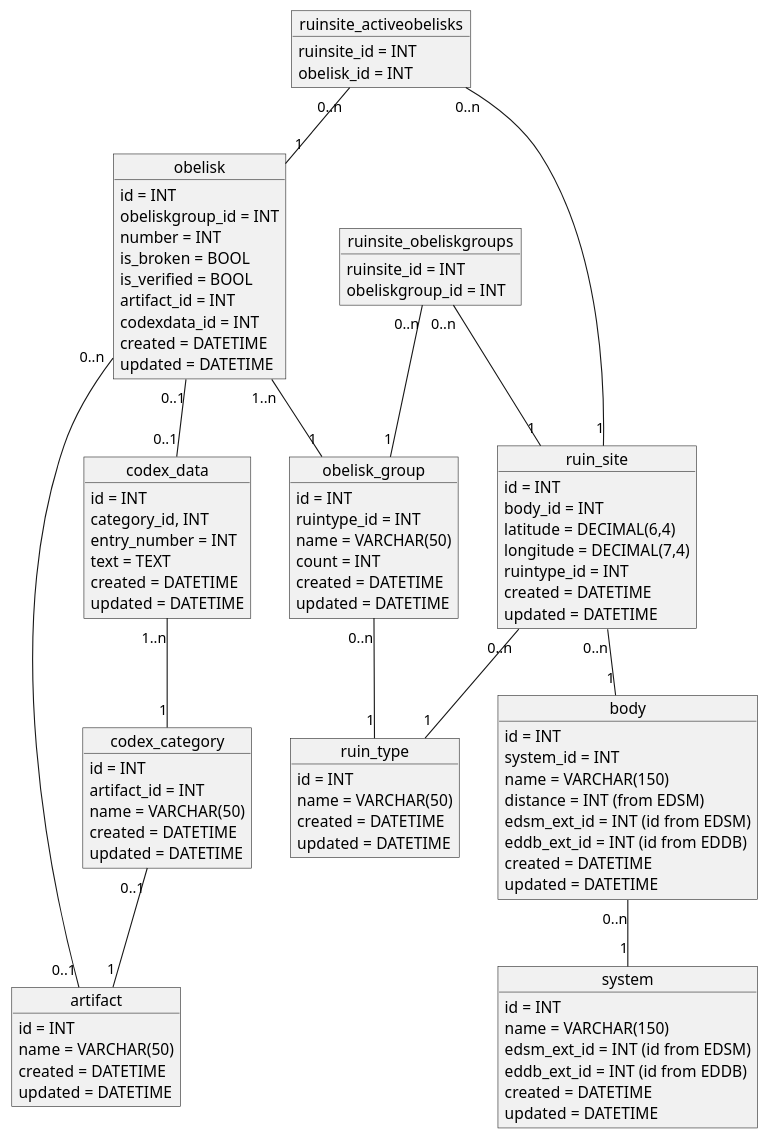
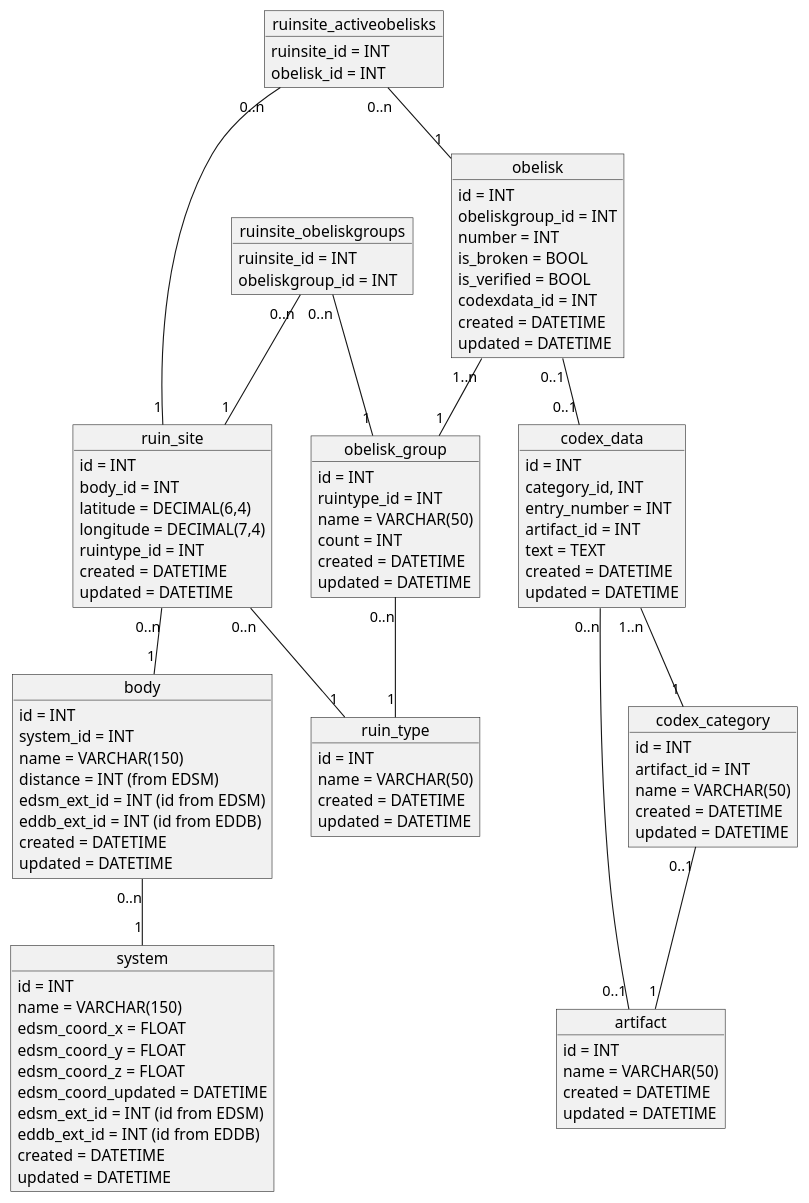
Before and after one commit to canonn-science/CanonnApi: the diagram in docs/design/db/ruinsdb.puml, drawn with PlantUML. The commit also changed 14 other files, not shown here.

Commit message:
Moved secondary artifact to codex data from obelisk, fixes #30

```diff
--- a/docs/design/db/ruinsdb.puml
+++ b/docs/design/db/ruinsdb.puml
@@ -1,115 +1,118 @@
 @startuml
 
 object artifact
 artifact : id = INT
 artifact : name = VARCHAR(50)
 artifact : created = DATETIME
 artifact : updated = DATETIME
 
 
 object codex_category
 codex_category : id = INT
 codex_category : artifact_id = INT
 codex_category : name = VARCHAR(50)
 codex_category : created = DATETIME
 codex_category : updated = DATETIME
 
 codex_category "0..1" -- "1" artifact
 
 
 object codex_data
 codex_data : id = INT
 codex_data : category_id, INT
 codex_data : entry_number = INT
+codex_data : artifact_id = INT
 codex_data : text = TEXT
 codex_data : created = DATETIME
 codex_data : updated = DATETIME
 
 codex_data "1..n" -- "1" codex_category
-
+codex_data "0..n" -- "0..1" artifact
 
 object ruin_type
 ruin_type : id = INT
 ruin_type : name = VARCHAR(50)
 ruin_type : created = DATETIME
 ruin_type : updated = DATETIME
 
 
 object obelisk_group
 obelisk_group : id = INT
 obelisk_group : ruintype_id = INT
 obelisk_group : name = VARCHAR(50)
 obelisk_group : count = INT
 obelisk_group : created = DATETIME
 obelisk_group : updated = DATETIME
 
 obelisk_group "0..n" -- "1" ruin_type
 
 
 object obelisk
 obelisk : id = INT
 obelisk : obeliskgroup_id = INT
 obelisk : number = INT
 obelisk : is_broken = BOOL
 obelisk : is_verified = BOOL
-obelisk : artifact_id = INT
 obelisk : codexdata_id = INT
 obelisk : created = DATETIME
 obelisk : updated = DATETIME
 
 obelisk "1..n" -- "1" obelisk_group
-obelisk "0..n" -- "0..1" artifact
 obelisk "0..1" -- "0..1" codex_data
 
 
 object system
 system : id = INT
 system : name = VARCHAR(150)
+system : edsm_coord_x = FLOAT
+system : edsm_coord_y = FLOAT
+system : edsm_coord_z = FLOAT
+system : edsm_coord_updated = DATETIME
 system : edsm_ext_id = INT (id from EDSM)
 system : eddb_ext_id = INT (id from EDDB)
 system : created = DATETIME
 system : updated = DATETIME
 
 
 object body
 body : id = INT
 body : system_id = INT
 body : name = VARCHAR(150)
 body : distance = INT (from EDSM)
 body : edsm_ext_id = INT (id from EDSM)
 body : eddb_ext_id = INT (id from EDDB)
 body : created = DATETIME
 body : updated = DATETIME
 
 body "0..n" -- "1" system
 
 
 object ruin_site
 ruin_site : id = INT
 ruin_site : body_id = INT
 ruin_site : latitude = DECIMAL(6,4)
 ruin_site : longitude = DECIMAL(7,4)
 ruin_site : ruintype_id = INT
 ruin_site : created = DATETIME
 ruin_site : updated = DATETIME
 
 ruin_site "0..n" -- "1" body
 ruin_site "0..n" -- "1" ruin_type
 
 
 object ruinsite_obeliskgroups
 ruinsite_obeliskgroups : ruinsite_id = INT
 ruinsite_obeliskgroups : obeliskgroup_id = INT
 
 ruinsite_obeliskgroups "0..n" -- "1" ruin_site
 ruinsite_obeliskgroups "0..n" -- "1" obelisk_group
 
 
 object ruinsite_activeobelisks
 ruinsite_activeobelisks : ruinsite_id = INT
 ruinsite_activeobelisks : obelisk_id = INT
 
 ruinsite_activeobelisks "0..n" -- "1" ruin_site
 ruinsite_activeobelisks "0..n" -- "1" obelisk
 
 @enduml
```
